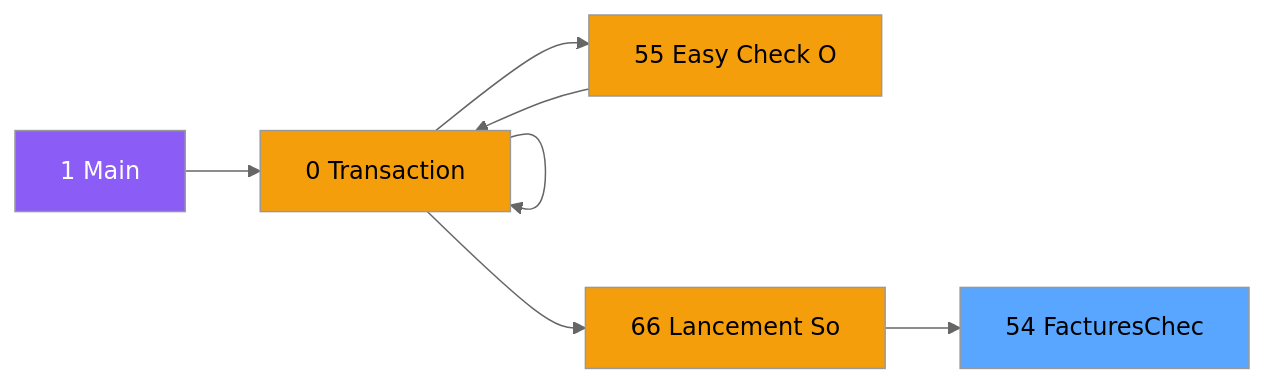
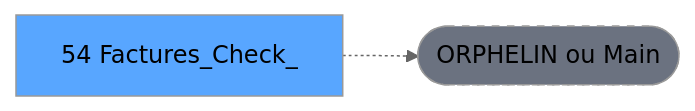
Before and after one commit to thonyAGP/lecteur-magic: the second of 3 diagrams in .openspec/renders/ADH-IDE-54.md, drawn with Mermaid (neutral theme). The commit also changed other lines of this file and 701 other files, not shown here.

````diff
--- a/.openspec/renders/ADH-IDE-54.md
+++ b/.openspec/renders/ADH-IDE-54.md
@@ -136,23 +124,8 @@
 ```mermaid
 graph LR
-    M[1 Main]
-    N0[0 Transaction ]
-    N0[0 Transaction ]
-    N55[55 Easy Check O]
-    N0[0 Transaction ]
-    N66[66 Lancement So]
-    T[54 FacturesChec]
-    M --> N0
-    N0 --> N0
-    N0 --> N55
-    N55 --> N0
-    N0 --> N66
-    N66 --> T
-    style M fill:#8b5cf6,color:#fff
-    style N0 fill:#f59e0b
-    style N0 fill:#f59e0b
-    style N55 fill:#f59e0b
-    style N0 fill:#f59e0b
-    style N66 fill:#f59e0b
+    T[54 Factures_Check_]
+    ORPHAN([ORPHELIN ou Main])
+    T -.-> ORPHAN
     style T fill:#58a6ff,color:#000
+    style ORPHAN fill:#6b7280,stroke-dasharray: 5 5
 ```
````
